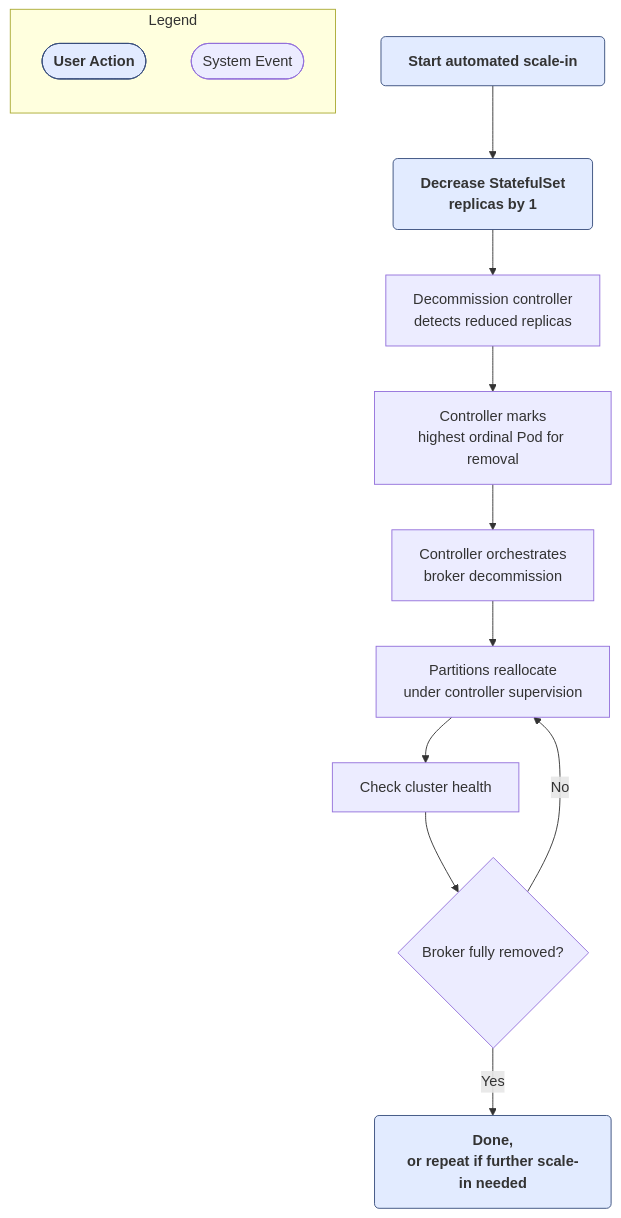
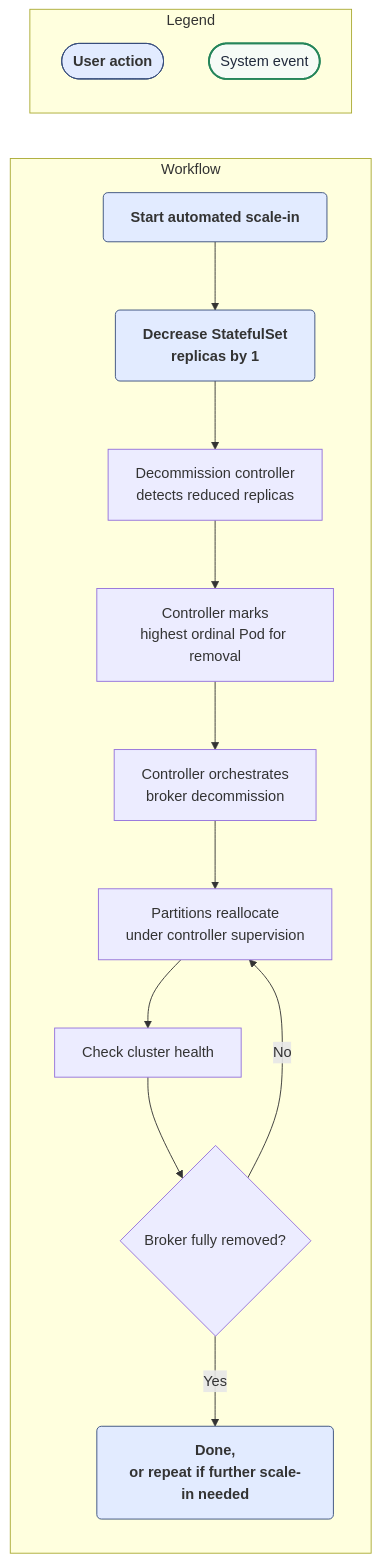
One commit to redpanda-data/docs changed the second of 2 diagrams in modules/manage/pages/kubernetes/k-decommission-brokers.adoc. Above: the diagram before and after it, drawn with Mermaid. The commit also changed other lines of this file and 3 other files, not shown here.

Commit message:
Move legend above flowchart

```diff
--- a/modules/manage/pages/kubernetes/k-decommission-brokers.adoc
+++ b/modules/manage/pages/kubernetes/k-decommission-brokers.adoc
@@ -398,25 +398,29 @@
 [mermaid]
 ....
 flowchart TB
-    %% Define classes
-    classDef userAction stroke:#374D7C, fill:#E2EBFF, font-weight:bold,rx:5,ry:5
-    classDef systemAction fill:#F6FBF6,stroke:#25855a,stroke-width:2px,color:#20293c,rx:5,ry:5
+  %% Define classes
+  classDef userAction stroke:#374D7C, fill:#E2EBFF, font-weight:bold,rx:5,ry:5
+  classDef systemAction fill:#F6FBF6,stroke:#25855a,stroke-width:2px,color:#20293c,rx:5,ry:5
 
-    %% Main workflow
+  %% Legend
+  subgraph Legend
+    direction TB
+    UA([User action]):::userAction
+    SE([System event]):::systemAction
+  end
+  Legend ~~~ Workflow
+
+  %% Main workflow
+  subgraph Workflow
+    direction TB
     A[Start automated scale-in]:::userAction --> B[Decrease StatefulSet<br/>replicas by 1]:::userAction
     B --> C[Decommission controller<br/>detects reduced replicas]:::systemEvent
     C --> D[Controller marks<br/>highest ordinal Pod for removal]:::systemEvent
     D --> E[Controller orchestrates<br/>broker decommission]:::systemEvent
     E --> F[Partitions reallocate<br/>under controller supervision]:::systemEvent
     F --> G[Check cluster health]:::systemEvent
     G --> H{Broker fully removed?}:::systemEvent
     H -- No --> F
     H -- Yes --> I[Done,<br/>or repeat if further scale-in needed]:::userAction
-
-    %% Legend
-    subgraph Legend
-      direction TB
-      UA([User Action]):::userAction
-      SE([System Event]):::systemEvent
-    end
+  end
 ....
```
